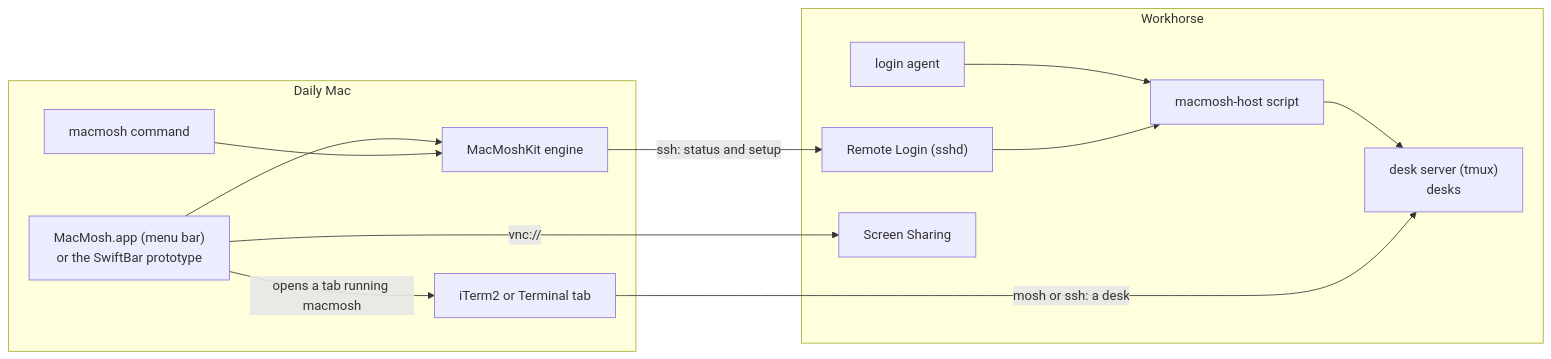
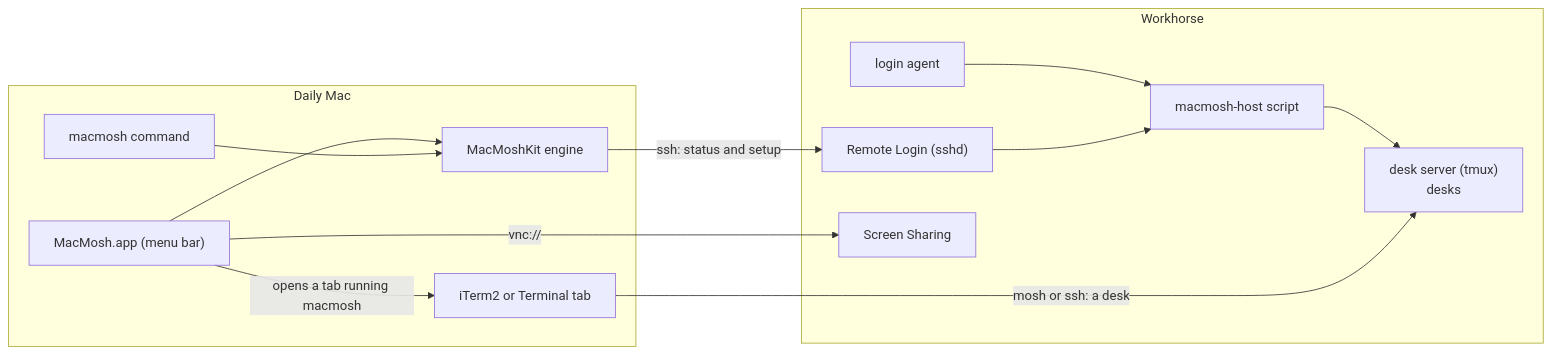
One commit to shariqh/macmosh changed the diagram in docs/superpowers/specs/2026-11-18-macmosh-v1-design.md. Above: the diagram before and after it, drawn with Mermaid. The commit also changed other lines of this file and 2 other files, not shown here.

First line of the commit message:
Design and plan: no SwiftBar, a native menu-bar item first (#63)

````diff
--- a/docs/superpowers/specs/2026-11-18-macmosh-v1-design.md
+++ b/docs/superpowers/specs/2026-11-18-macmosh-v1-design.md
@@ -210,24 +212,24 @@
 ```mermaid
 flowchart LR
   subgraph Daily["Daily Mac"]
-    UI["MacMosh.app (menu bar)<br/>or the SwiftBar prototype"]
+    UI["MacMosh.app (menu bar)"]
     CLI["macmosh command"]
     KIT["MacMoshKit engine"]
     TERM["iTerm2 or Terminal tab"]
     UI --> KIT
     CLI --> KIT
     UI -->|opens a tab running macmosh| TERM
   end
   subgraph Work["Workhorse"]
     SSHD["Remote Login (sshd)"]
     HOST["macmosh-host script"]
     AGENT["login agent"]
     TMUX["desk server (tmux)<br/>desks"]
     VNC["Screen Sharing"]
     AGENT --> HOST --> TMUX
     SSHD --> HOST
   end
   KIT -->|ssh: status and setup| SSHD
   TERM -->|mosh or ssh: a desk| TMUX
   UI -->|vnc://| VNC
 ```
````
